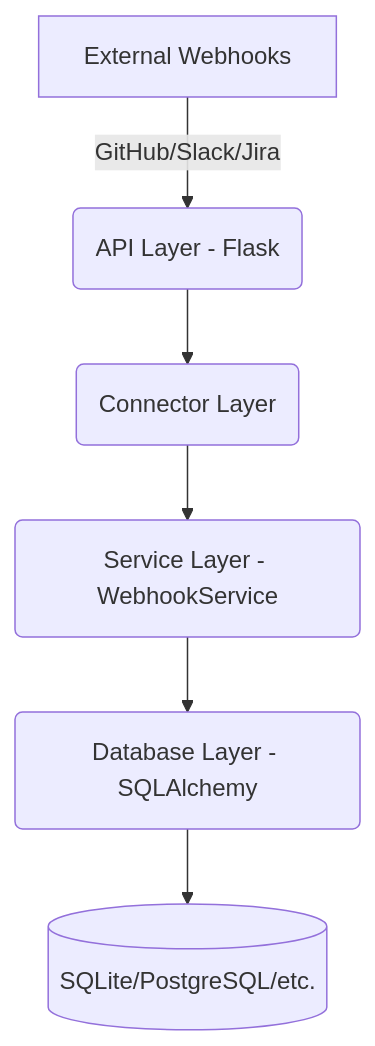
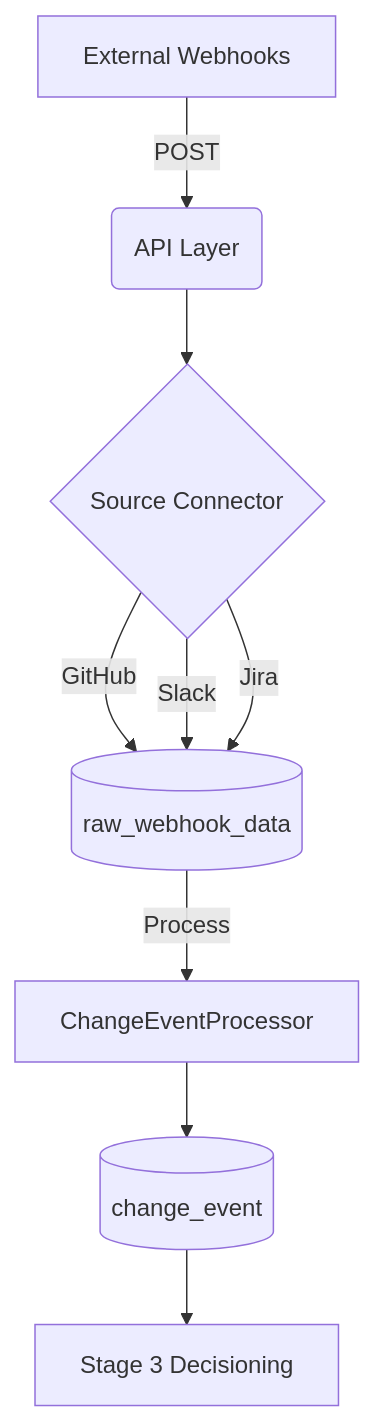
Before and after one commit to EmivaAI/emivaAI-Data_pipeline: the diagram in README.md, drawn with Mermaid. The commit also changed other lines of this file and 5 other files, not shown here.

````diff
--- a/README.md
+++ b/README.md
@@ -19,8 +30,11 @@
 ```mermaid
 graph TD
-    A[External Webhooks] -->|GitHub/Slack/Jira| B(API Layer - Flask)
-    B --> C(Connector Layer)
-    C --> D(Service Layer - WebhookService)
-    D --> E(Database Layer - SQLAlchemy)
-    E --> F[(SQLite/PostgreSQL/etc.)]
+    A[External Webhooks] -->|POST| B(API Layer)
+    B --> C{Source Connector}
+    C -->|GitHub| D[(raw_webhook_data)]
+    C -->|Slack| D
+    C -->|Jira| D
+    D -->|Process| E[ChangeEventProcessor]
+    E --> F[(change_event)]
+    F --> G[Stage 3 Decisioning]
 ```
````
